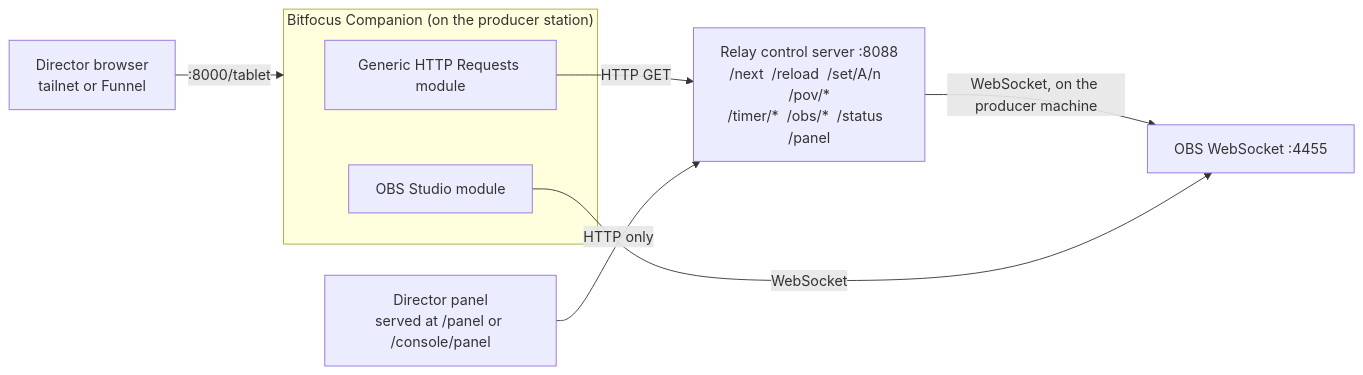
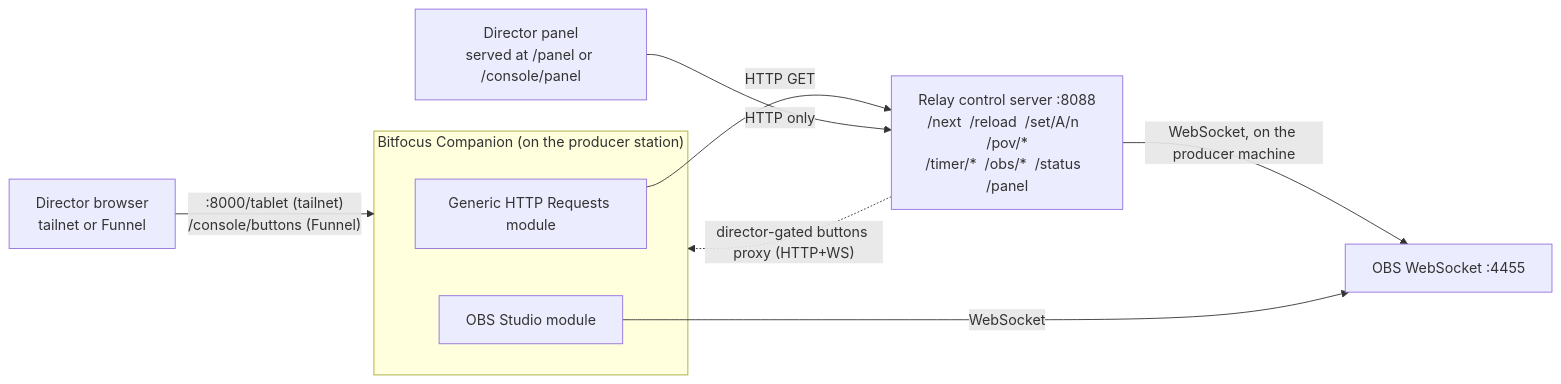
The third of 4 diagrams in src/docs/wiki/Architecture.md (jegr78/gt-endurance-racing-broadcast), drawn with Mermaid before and after one commit. The commit also changed other lines of this file and 3 other files, not shown here.

Commit message:
docs(wiki): document Companion buttons over Funnel + the boundary change (#236)

````diff
--- a/src/docs/wiki/Architecture.md
+++ b/src/docs/wiki/Architecture.md
@@ -140,14 +143,15 @@
 ```mermaid
 flowchart LR
   subgraph Companion["Bitfocus Companion (on the producer station)"]
     GH["Generic HTTP Requests module"]
     OM["OBS Studio module"]
   end
 
   GH -->|"HTTP GET"| EP["Relay control server :8088<br/>/next  /reload  /set/A/n  /pov/*<br/>/timer/*  /obs/*  /status  /panel"]
   PANEL["Director panel<br/>served at /panel or /console/panel"] -->|"HTTP only"| EP
   EP -->|"WebSocket, on the producer machine"| WS["OBS WebSocket :4455"]
+  EP -. "director-gated buttons proxy (HTTP+WS)" .-> Companion
   OM -->|"WebSocket"| WS
 
-  DIR["Director browser<br/>tailnet or Funnel"] -->|":8000/tablet"| Companion
+  DIR["Director browser<br/>tailnet or Funnel"] -->|":8000/tablet (tailnet)<br/>/console/buttons (Funnel)"| Companion
 ```
````
